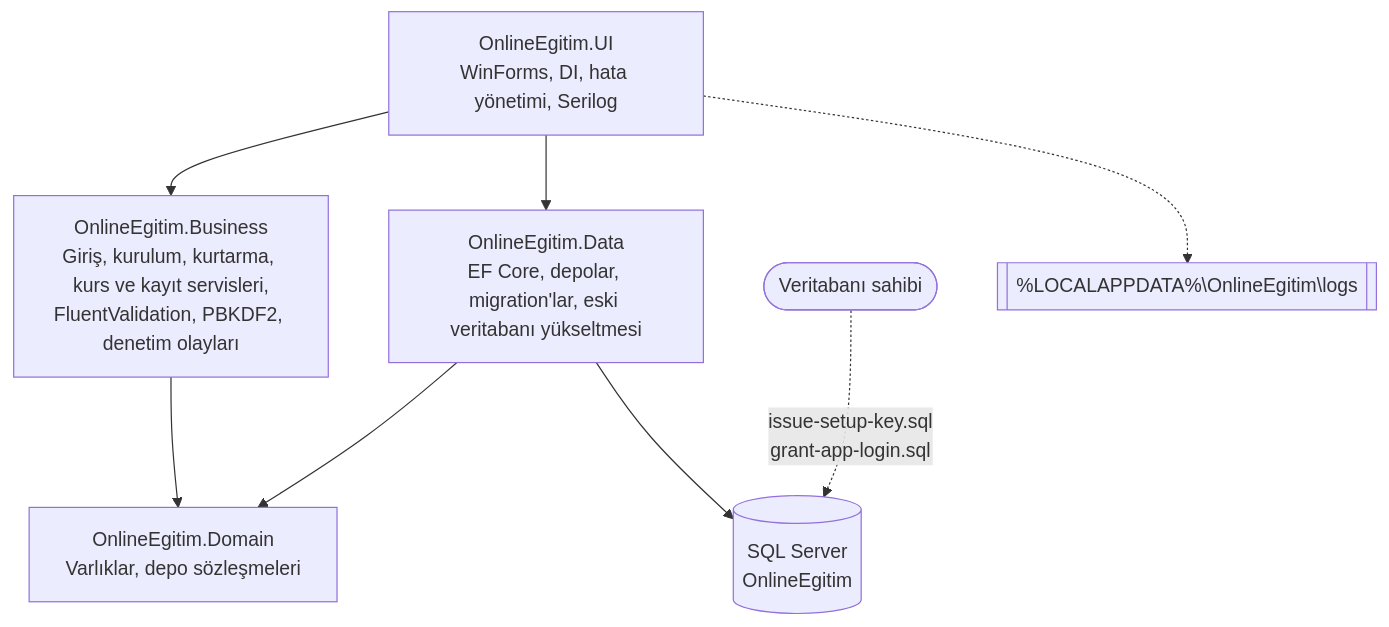
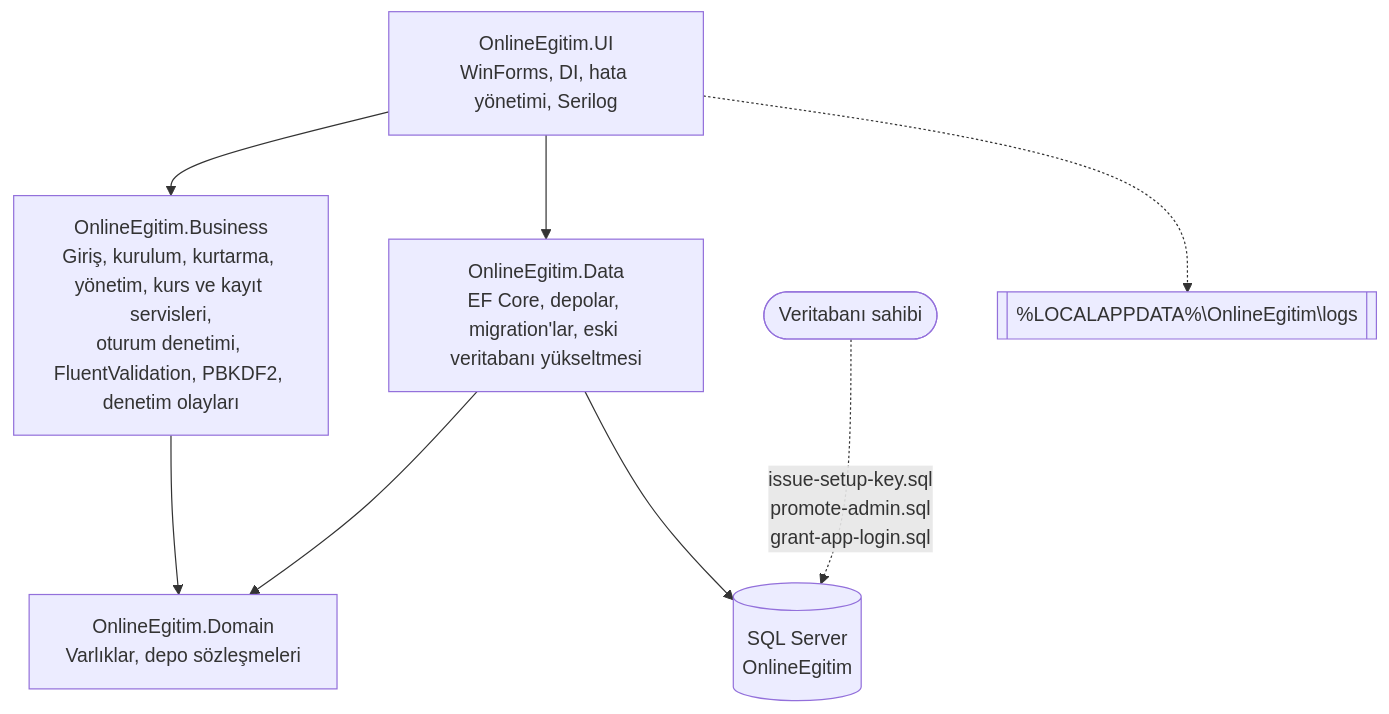
One commit to ayberkaarda/OnlineEgitimPlatformu changed the diagram in README.tr.md. Above: the diagram before and after it, drawn with Mermaid. The commit also changed other lines of this file and 1 other file, not shown here.

````diff
--- a/README.tr.md
+++ b/README.tr.md
@@ -131,10 +170,10 @@
 ```mermaid
 flowchart TD
-    UI["OnlineEgitim.UI<br/>WinForms, DI, hata yönetimi, Serilog"] --> BUS["OnlineEgitim.Business<br/>Giriş, kurulum, kurtarma, kurs ve kayıt servisleri,<br/>FluentValidation, PBKDF2, denetim olayları"]
+    UI["OnlineEgitim.UI<br/>WinForms, DI, hata yönetimi, Serilog"] --> BUS["OnlineEgitim.Business<br/>Giriş, kurulum, kurtarma, yönetim, kurs ve kayıt servisleri,<br/>oturum denetimi, FluentValidation, PBKDF2, denetim olayları"]
     UI --> DATA["OnlineEgitim.Data<br/>EF Core, depolar, migration'lar, eski veritabanı yükseltmesi"]
     BUS --> DOM["OnlineEgitim.Domain<br/>Varlıklar, depo sözleşmeleri"]
     DATA --> DOM
     DATA --> DB[("SQL Server<br/>OnlineEgitim")]
-    DBA(["Veritabanı sahibi"]) -.->|"issue-setup-key.sql<br/>grant-app-login.sql"| DB
+    DBA(["Veritabanı sahibi"]) -.->|"issue-setup-key.sql<br/>promote-admin.sql<br/>grant-app-login.sql"| DB
     UI -.-> LOG[["%LOCALAPPDATA%\OnlineEgitim\logs"]]
 ```
````
